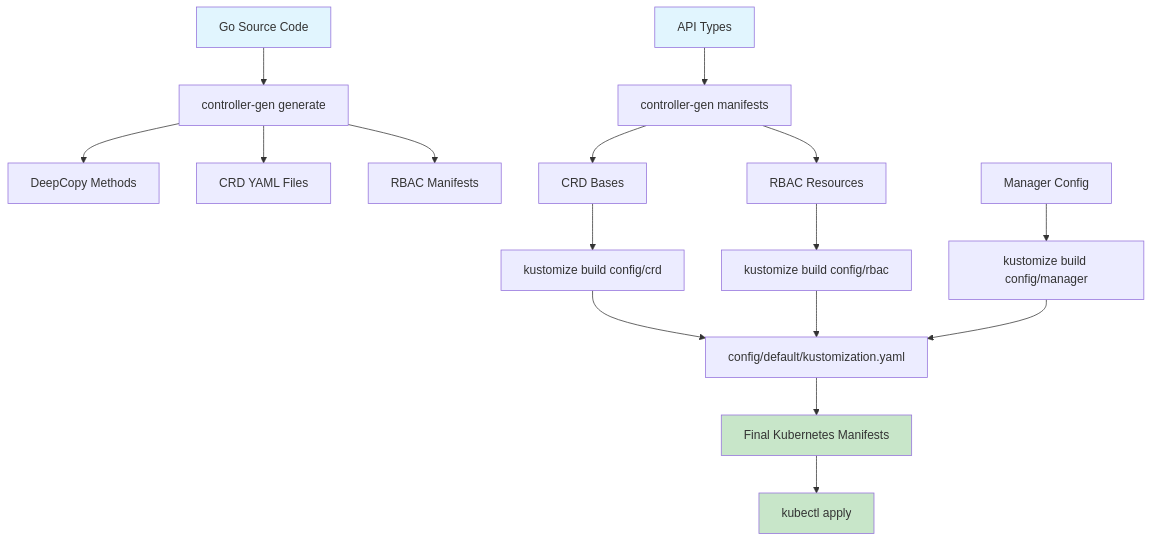
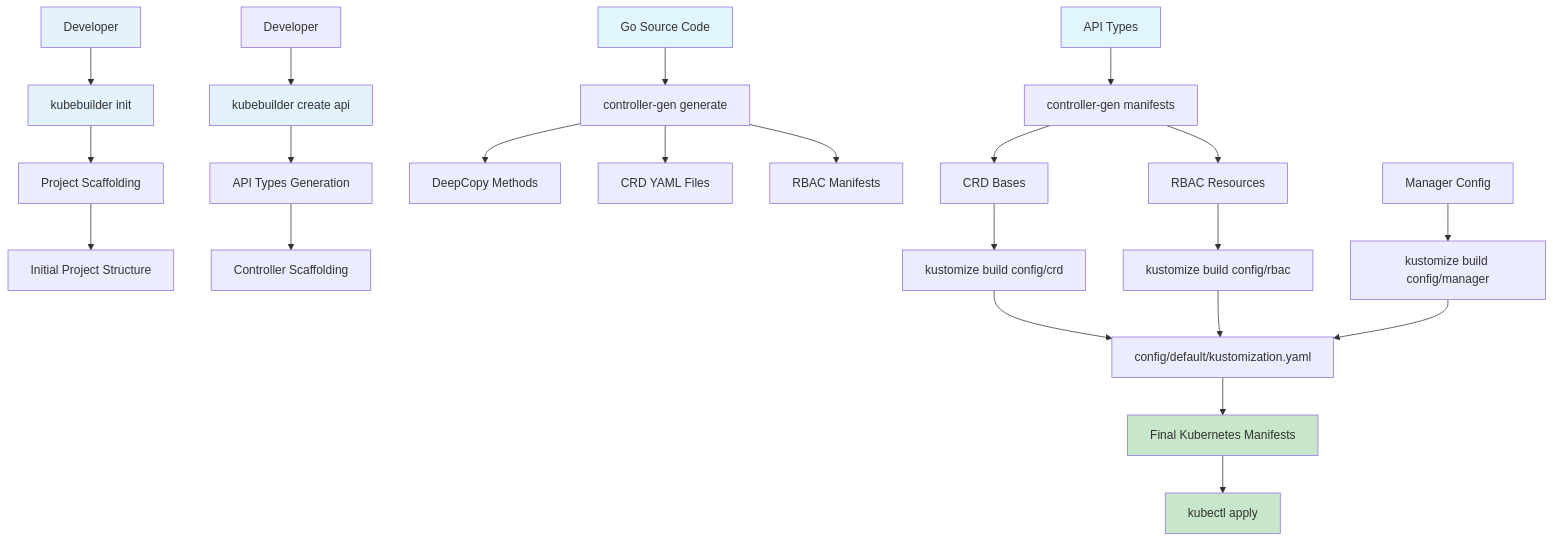
One commit to liweinan/k8s-example changed the first of 5 diagrams in operator-example/README.md. Above: the diagram before and after it, drawn with Mermaid. The commit also changed other lines of this file, not shown here.

````diff
--- a/operator-example/README.md
+++ b/operator-example/README.md
@@ -141,27 +141,38 @@
 ```mermaid
 graph TD
-    A[Go Source Code] --> B[controller-gen generate]
-    B --> C[DeepCopy Methods]
-    B --> D[CRD YAML Files]
-    B --> E[RBAC Manifests]
+    A[Developer] --> B[kubebuilder init]
+    B --> C[Project Scaffolding]
+    C --> D[Initial Project Structure]
     
-    F[API Types] --> G[controller-gen manifests]
-    G --> H[CRD Bases]
-    G --> I[RBAC Resources]
+    E[Developer] --> F[kubebuilder create api]
+    F --> G[API Types Generation]
+    G --> H[Controller Scaffolding]
     
-    H --> J[kustomize build config/crd]
-    I --> K[kustomize build config/rbac]
-    L[Manager Config] --> M[kustomize build config/manager]
+    I[Go Source Code] --> J[controller-gen generate]
+    J --> K[DeepCopy Methods]
+    J --> L[CRD YAML Files]
+    J --> M[RBAC Manifests]
     
-    J --> N[config/default/kustomization.yaml]
-    K --> N
-    M --> N
+    N[API Types] --> O[controller-gen manifests]
+    O --> P[CRD Bases]
+    O --> Q[RBAC Resources]
     
-    N --> O[Final Kubernetes Manifests]
-    O --> P[kubectl apply]
+    P --> R[kustomize build config/crd]
+    Q --> S[kustomize build config/rbac]
+    T[Manager Config] --> U[kustomize build config/manager]
     
-    style A fill:#e1f5fe
-    style F fill:#e1f5fe
-    style O fill:#c8e6c9
-    style P fill:#c8e6c9
+    R --> V[config/default/kustomization.yaml]
+    S --> V
+    U --> V
+    
+    V --> W[Final Kubernetes Manifests]
+    W --> X[kubectl apply]
+    
+    style A fill:#e3f2fd
+    style B fill:#e3f2fd
+    style F fill:#e3f2fd
+    style I fill:#e1f5fe
+    style N fill:#e1f5fe
+    style W fill:#c8e6c9
+    style X fill:#c8e6c9
 ```
````
